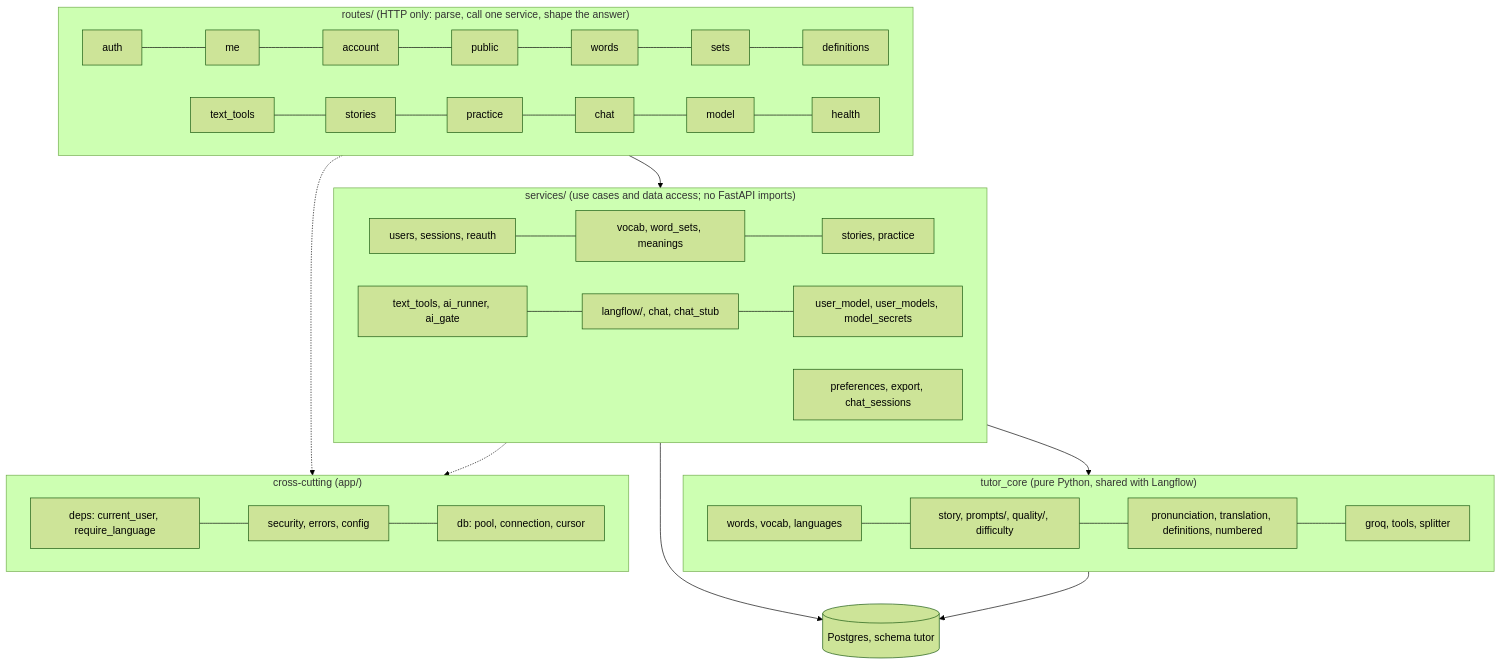
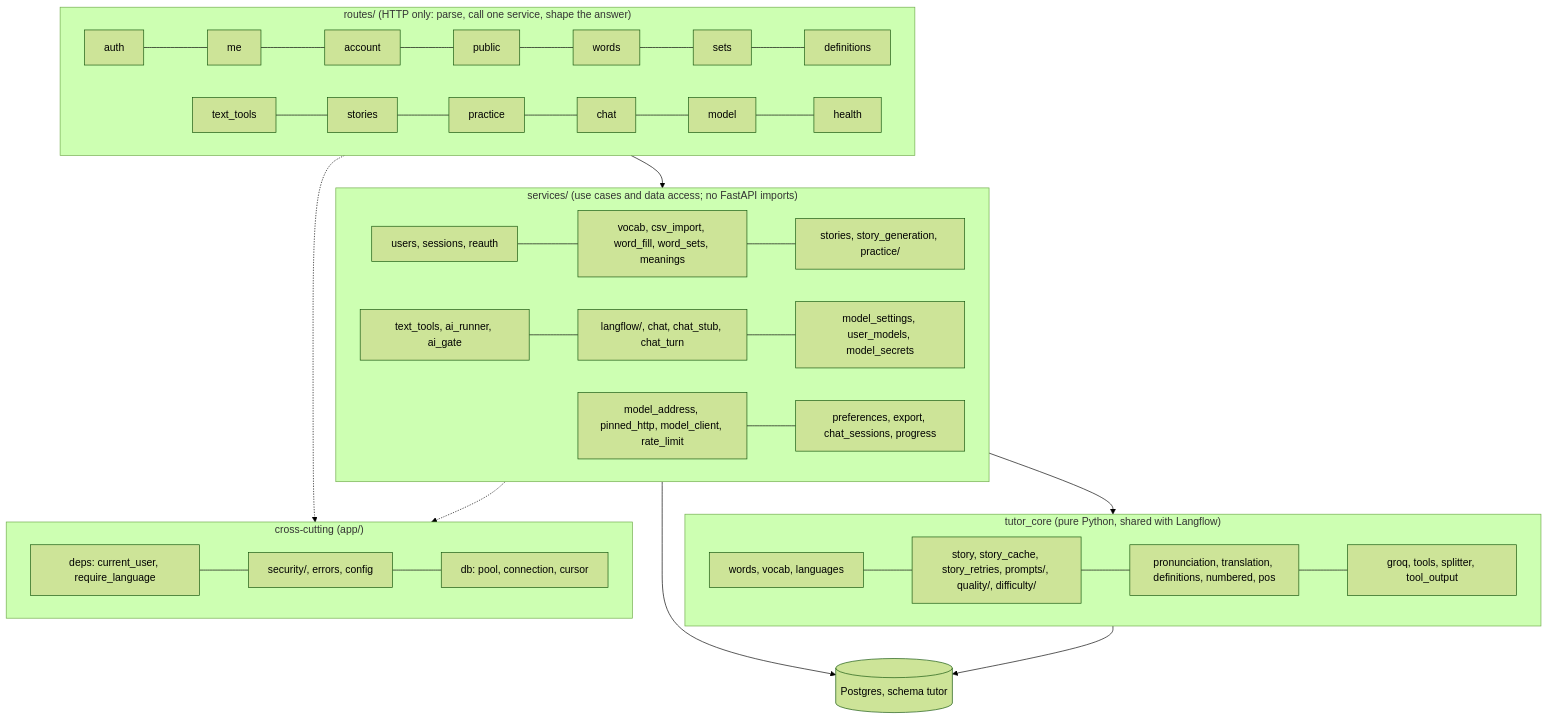
The first of 6 diagrams in docs/class-diagram-backend.md (stanley-yang-2001/bpllc_project), drawn with Mermaid (forest theme) before and after one commit. The commit also changed other lines of this file and 4 other files, not shown here.

First line of the commit message:
Docs: class diagrams and design notes follow the B1 to B12 and F1 to F9 splits

````diff
--- a/docs/class-diagram-backend.md
+++ b/docs/class-diagram-backend.md
@@ -13,29 +13,29 @@
 ```mermaid
 flowchart TB
     subgraph R["routes/ (HTTP only: parse, call one service, shape the answer)"]
         direction LR
         r1[auth] --- r2[me] --- r3[account] --- r4[public] --- r5[words] --- r6[sets] --- r7[definitions]
         r8[text_tools] --- r9[stories] --- r10[practice] --- r11[chat] --- r12[model] --- r13[health]
     end
     subgraph S["services/ (use cases and data access; no FastAPI imports)"]
         direction LR
-        s1[users, sessions, reauth] --- s2[vocab, word_sets, meanings] --- s3[stories, practice]
-        s4[text_tools, ai_runner, ai_gate] --- s5[langflow/, chat, chat_stub] --- s6[user_model, user_models, model_secrets]
-        s7[preferences, export, chat_sessions]
+        s1[users, sessions, reauth] --- s2[vocab, csv_import, word_fill, word_sets, meanings] --- s3[stories, story_generation, practice/]
+        s4[text_tools, ai_runner, ai_gate] --- s5[langflow/, chat, chat_stub, chat_turn] --- s6[model_settings, user_models, model_secrets]
+        s7[model_address, pinned_http, model_client, rate_limit] --- s8[preferences, export, chat_sessions, progress]
     end
     subgraph C["tutor_core (pure Python, shared with Langflow)"]
         direction LR
-        c1[words, vocab, languages] --- c2[story, prompts/, quality/, difficulty] --- c3[pronunciation, translation, definitions, numbered] --- c4[groq, tools, splitter]
+        c1[words, vocab, languages] --- c2[story, story_cache, story_retries, prompts/, quality/, difficulty/] --- c3[pronunciation, translation, definitions, numbered, pos] --- c4[groq, tools, splitter, tool_output]
     end
     subgraph F["cross-cutting (app/)"]
         direction LR
-        f1[deps: current_user, require_language] --- f2[security, errors, config] --- f3[db: pool, connection, cursor]
+        f1[deps: current_user, require_language] --- f2[security/, errors, config] --- f3[db: pool, connection, cursor]
     end
     R --> S
     S --> C
     R -.-> F
     S -.-> F
     DB[("Postgres, schema tutor")]
     S --> DB
     C --> DB
 ```
````
